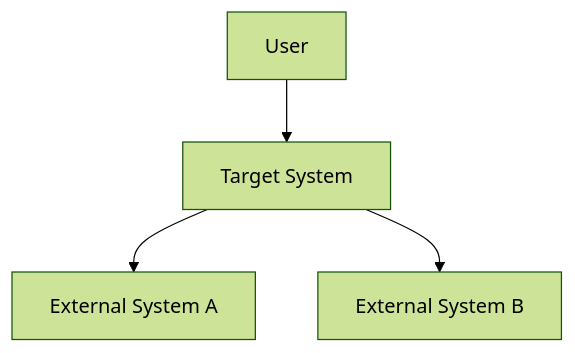
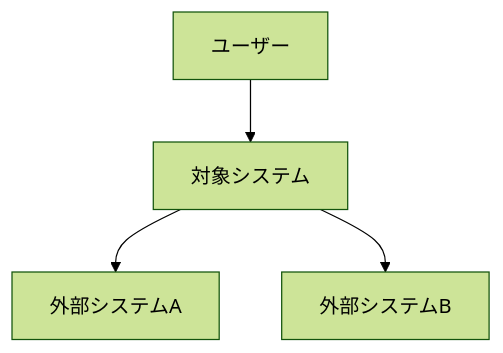
Before and after one commit to DIO0550/d-market: the first of 6 diagrams in plugins/spec-plugin/skills/system-design/assets/templates/system-design.md, drawn with Mermaid (forest theme). The commit also changed other lines of this file and 16 other files, not shown here.

````diff
--- a/plugins/spec-plugin/skills/system-design/assets/templates/system-design.md
+++ b/plugins/spec-plugin/skills/system-design/assets/templates/system-design.md
@@ -32,6 +32,6 @@
 ```mermaid
 graph TB
-    User[User] --> System[Target System]
-    System --> ExtA[External System A]
-    System --> ExtB[External System B]
+    User[ユーザー] --> System[対象システム]
+    System --> ExtA[外部システムA]
+    System --> ExtB[外部システムB]
 ```
````
